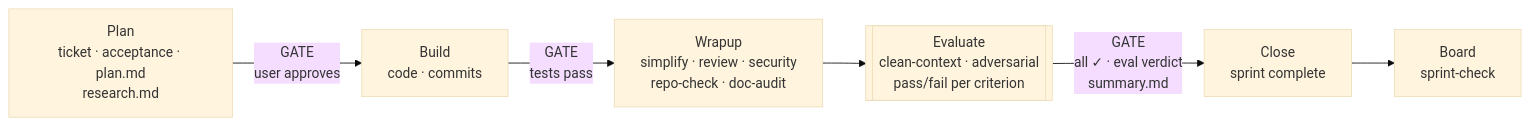
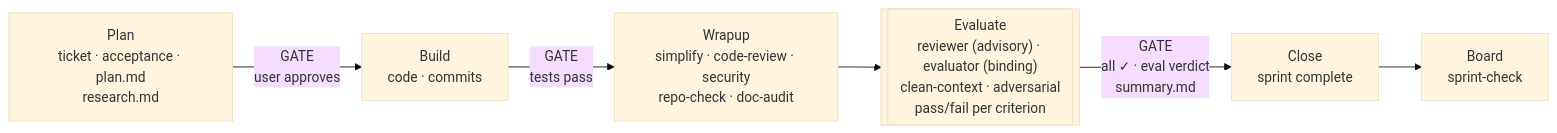
Before and after one commit to sunitghub/canon-skills: the diagram in README.md, drawn with Mermaid (base theme). The commit also changed other lines of this file and 14 other files, not shown here.

First line of the commit message:
fix: repo-workflow-audit drift in sprint/wrapup + efficiency.md

````diff
--- a/README.md
+++ b/README.md
@@ -189,15 +189,15 @@
 ```mermaid
 flowchart LR
     P["Plan\nticket · acceptance · plan.md\nresearch.md"]
     B["Build\ncode · commits"]
-    W["Wrapup\nsimplify · review · security\nrepo-check · doc-audit"]
-    E[["Evaluate\nclean-context · adversarial\npass/fail per criterion"]]
+    W["Wrapup\nsimplify · code-review · security\nrepo-check · doc-audit"]
+    E[["Evaluate\nreviewer (advisory) · evaluator (binding)\nclean-context · adversarial\npass/fail per criterion"]]
     C["Close\nsprint complete"]
     D["Board\nsprint-check"]
 
     P -->|"GATE\nuser approves"| B
     B -->|"GATE\ntests pass"| W
     W --> E
     E -->|"GATE\nall ✓ · eval verdict\nsummary.md"| C
     C --> D
 ```
````
